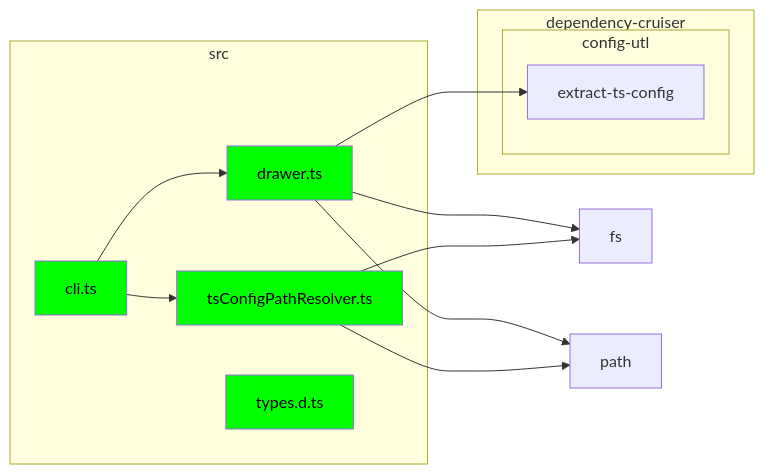
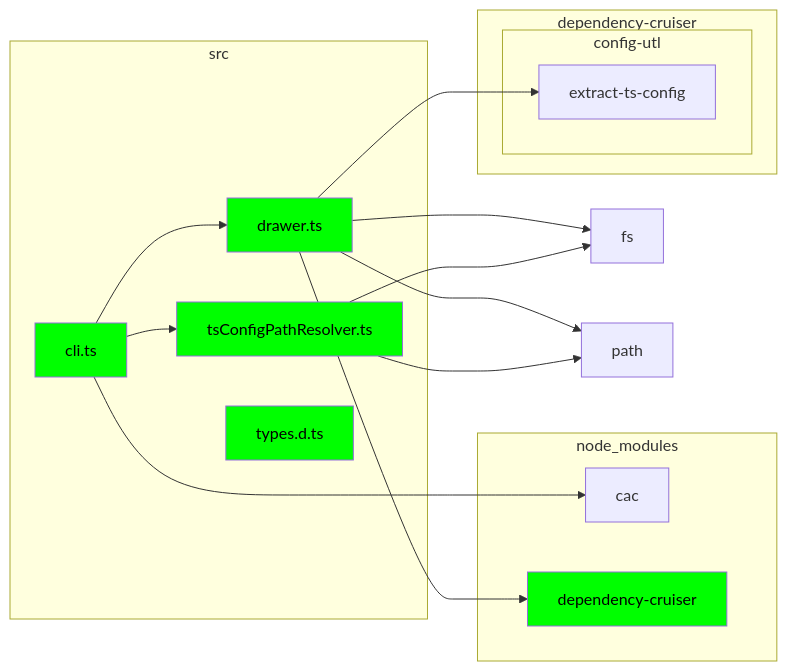
Before and after one commit to syakoo/dmdg: the diagram in src/README.md, drawn with Mermaid. The commit also changed other lines of this file and 1 other file, not shown here.

Commit message:
✨ feat: update config to include node packages.

````diff
--- a/src/README.md
+++ b/src/README.md
@@ -5,29 +4,36 @@
 ```mermaid
 flowchart LR
 
-subgraph 0["src"]
-1["cli.ts"]
-2["drawer.ts"]
-8["tsConfigPathResolver.ts"]
-9["types.d.ts"]
-end
-subgraph 3["dependency-cruiser"]
-subgraph 4["config-utl"]
-5["extract-ts-config"]
+subgraph 0["dependency-cruiser"]
+subgraph 1["config-utl"]
+2["extract-ts-config"]
 end
 end
-6["fs"]
+3["fs"]
+subgraph 4["node_modules"]
+5["cac"]
+6["dependency-cruiser"]
+end
 7["path"]
-1-->2
-1-->8
-2-->5
-2-->6
-2-->7
-8-->6
-8-->7
+subgraph 8["src"]
+9["cli.ts"]
+a["drawer.ts"]
+b["tsConfigPathResolver.ts"]
+c["types.d.ts"]
+end
+9-->a
+9-->b
+9-->5
+a-->6
+a-->2
+a-->3
+a-->7
+b-->3
+b-->7
 
-style 1 fill:lime,color:black
-style 2 fill:lime,color:black
-style 8 fill:lime,color:black
+style 6 fill:lime,color:black
 style 9 fill:lime,color:black
+style a fill:lime,color:black
+style b fill:lime,color:black
+style c fill:lime,color:black
 ```
````
